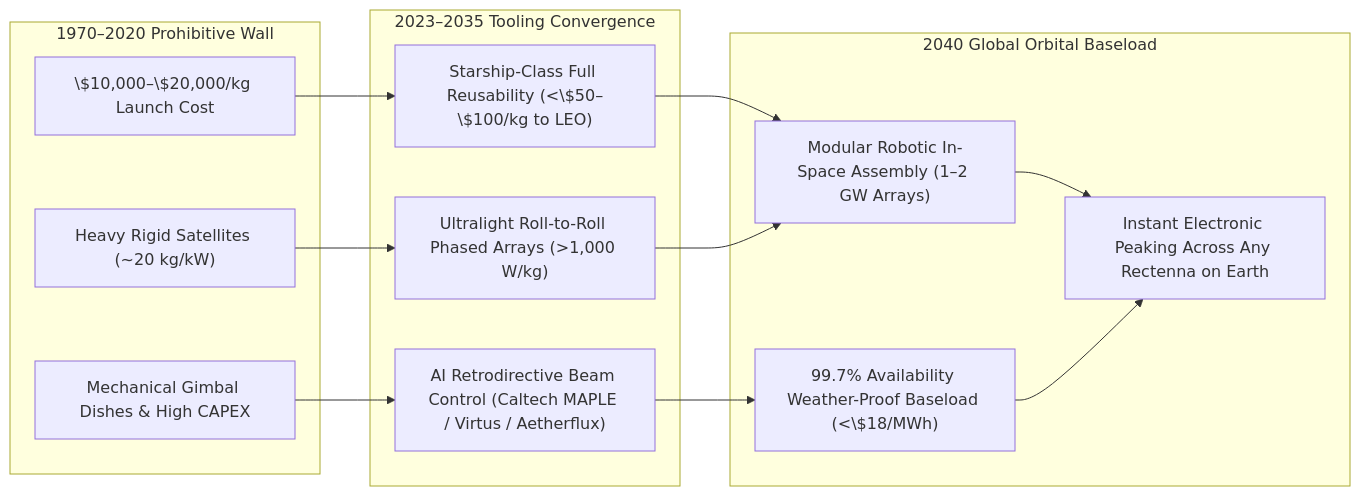
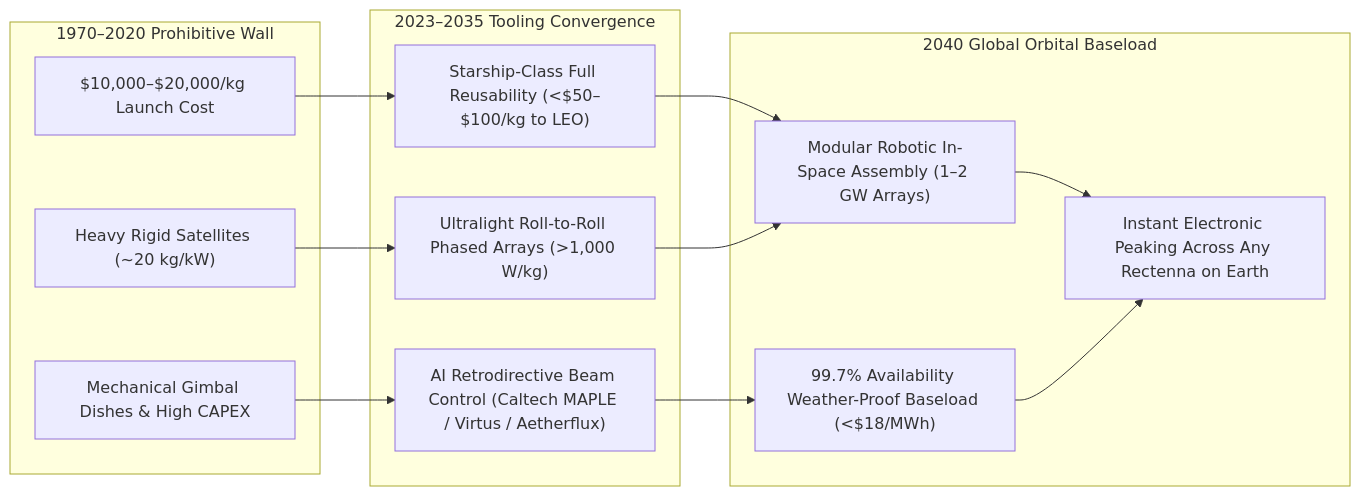
The first of 2 diagrams in vision-01-abundant-energy/01-space-solar/REPORT.md (d-10-g/OneOfMany), drawn with Mermaid before and after one commit. The commit also changed other lines of this file and 23 other files, not shown here.

Commit message:
Fix Mermaid multi-subgraph blank-line parsing and KaTeX dollar escaping across all 85 pathways

````diff
--- a/vision-01-abundant-energy/01-space-solar/REPORT.md
+++ b/vision-01-abundant-energy/01-space-solar/REPORT.md
@@ -33,25 +33,25 @@
 ```mermaid
 flowchart LR
     subgraph Barrier["1970–2020 Prohibitive Wall"]
-        L1["\$10,000–\$20,000/kg Launch Cost"]
+        L1["$10,000–$20,000/kg Launch Cost"]
         L2["Heavy Rigid Satellites (~20 kg/kW)"]
         L3["Mechanical Gimbal Dishes & High CAPEX"]
     end
 
     subgraph Convergence["2023–2035 Tooling Convergence"]
-        C1["Starship-Class Full Reusability (<\$50–\$100/kg to LEO)"]
+        C1["Starship-Class Full Reusability (<$50–$100/kg to LEO)"]
         C2["Ultralight Roll-to-Roll Phased Arrays (>1,000 W/kg)"]
         C3["AI Retrodirective Beam Control (Caltech MAPLE / Virtus / Aetherflux)"]
     end
 
     subgraph Reality["2040 Global Orbital Baseload"]
         R1["Modular Robotic In-Space Assembly (1–2 GW Arrays)"]
-        R2["99.7% Availability Weather-Proof Baseload (<\$18/MWh)"]
+        R2["99.7% Availability Weather-Proof Baseload (<$18/MWh)"]
         R3["Instant Electronic Peaking Across Any Rectenna on Earth"]
     end
 
     L1 --> C1 --> R1
     L2 --> C2 --> R1
     L3 --> C3 --> R2
     R1 & R2 --> R3
 ```
````
